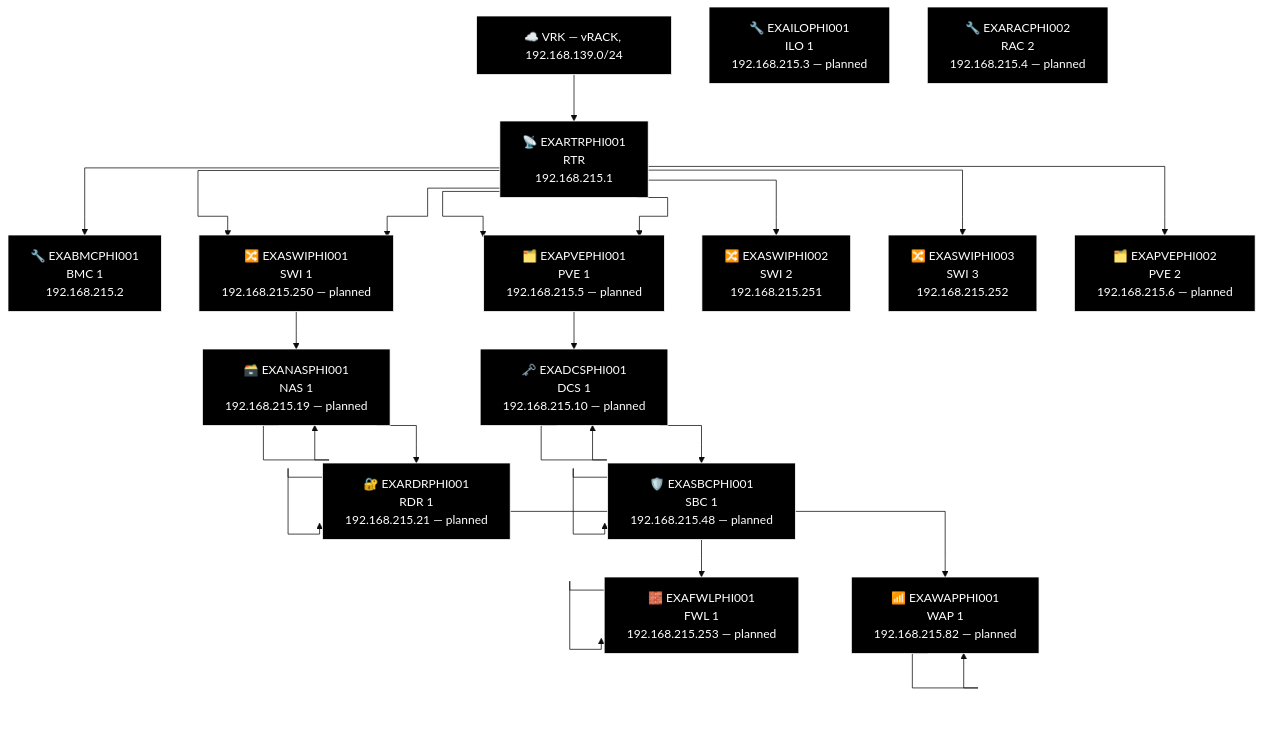
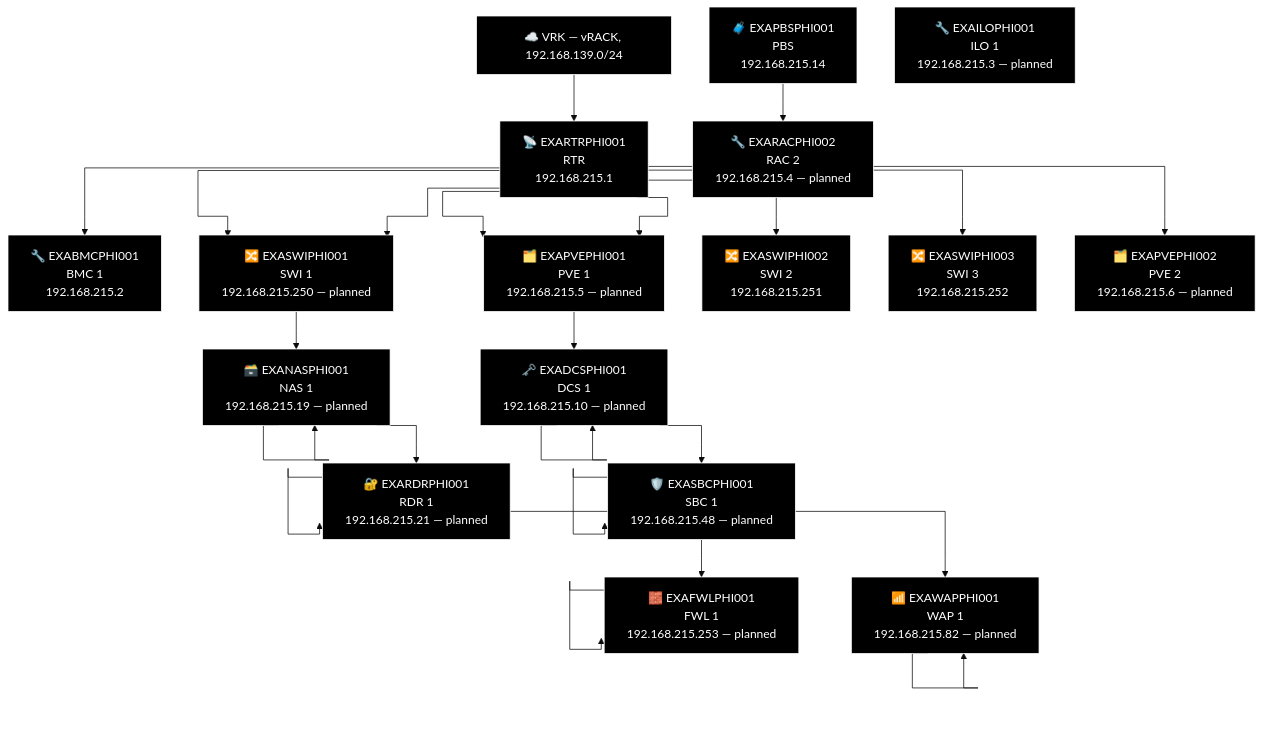
One commit to knightmare2600/example_music_infra changed diagram 20 of 21 in docs/network-diagram/united-states.md. Above: the diagram before and after it, drawn with Mermaid (base theme). The commit also changed other lines of this file and 14 other files, not shown here.

First line of the commit message:
docs/network-diagram: regenerate, every site was missing its PBS node

````diff
--- a/docs/network-diagram/united-states.md
+++ b/docs/network-diagram/united-states.md
@@ -932,65 +954,68 @@
 ```mermaid
 %% GENERATED:TOPOLOGY:PHI:START
 %%{init: {'flowchart': {'curve': 'stepAfter'}}}%%
 graph TD
     T_VRK["☁️ VRK — vRACK, 192.168.139.0/24"]
     T_RTR["📡 EXARTRPHI001<br/>RTR<br/>192.168.215.1"]
     T_VRK --> T_RTR
     T_BMC["🔧 EXABMCPHI001<br/>BMC 1<br/>192.168.215.2"]
     T_RTR --> T_BMC
     T_PVE["🗂️ EXAPVEPHI001<br/>PVE 1<br/>192.168.215.5"]
     T_RTR --> T_PVE
     T_SWI["🔀 EXASWIPHI001<br/>SWI 1<br/>192.168.215.250"]
     T_RTR --> T_SWI
     T_SWI2["🔀 EXASWIPHI002<br/>SWI 2<br/>192.168.215.251"]
     T_RTR --> T_SWI2
     T_SWI3["🔀 EXASWIPHI003<br/>SWI 3<br/>192.168.215.252"]
     T_RTR --> T_SWI3
     T_SWI["🔀 EXASWIPHI001<br/>SWI 1<br/>192.168.215.250 — planned"]
     T_RTR --> T_SWI
     T_PVE["🗂️ EXAPVEPHI001<br/>PVE 1<br/>192.168.215.5 — planned"]
     T_RTR --> T_PVE
     T_PVE2["🗂️ EXAPVEPHI002<br/>PVE 2<br/>192.168.215.6 — planned"]
     T_RTR --> T_PVE2
     T_NAS["🗃️ EXANASPHI001<br/>NAS<br/>192.168.215.19"]
     T_NAS["🗃️ EXANASPHI001<br/>NAS 1<br/>192.168.215.19 — planned"]
     T_RDR["🔐 EXARDRPHI001<br/>RDR<br/>192.168.215.21"]
     T_RDR["🔐 EXARDRPHI001<br/>RDR 1<br/>192.168.215.21 — planned"]
     T_WAP["📶 EXAWAPPHI001<br/>WAP 1<br/>192.168.215.82"]
     T_WAP["📶 EXAWAPPHI001<br/>WAP 1<br/>192.168.215.82 — planned"]
     T_SWI --> T_NAS --> T_NAS --> T_RDR --> T_RDR --> T_WAP --> T_WAP
     T_DCS["🗝️ EXADCSPHI001<br/>DCS 1<br/>192.168.215.10"]
     T_DCS["🗝️ EXADCSPHI001<br/>DCS 1<br/>192.168.215.10 — planned"]
     T_SBC["🛡️ EXASBCPHI001<br/>SBC<br/>192.168.215.48"]
     T_SBC["🛡️ EXASBCPHI001<br/>SBC 1<br/>192.168.215.48 — planned"]
     T_FWL["🧱 EXAFWLPHI001<br/>LAN Face<br/>192.168.215.253"]
     T_FWL["🧱 EXAFWLPHI001<br/>FWL 1<br/>192.168.215.253 — planned"]
     T_PVE --> T_DCS --> T_DCS --> T_SBC --> T_SBC --> T_FWL --> T_FWL
+    T_PBS["🧳 EXAPBSPHI001<br/>PBS<br/>192.168.215.14"]
     T_ILO["🔧 EXAILOPHI001<br/>ILO 1<br/>192.168.215.3 — planned"]
     T_RAC["🔧 EXARACPHI002<br/>RAC 2<br/>192.168.215.4 — planned"]
+    T_PBS --> T_RAC
     style T_VRK fill:#000000,stroke:#FFFFFF,color:#FFFFFF
     style T_RTR fill:#000000,stroke:#FFFFFF,color:#FFFFFF
     style T_BMC fill:#000000,stroke:#FFFFFF,color:#FFFFFF
     style T_PVE fill:#000000,stroke:#FFFFFF,color:#FFFFFF
     style T_SWI fill:#000000,stroke:#FFFFFF,color:#FFFFFF
     style T_SWI2 fill:#000000,stroke:#FFFFFF,color:#FFFFFF
     style T_SWI3 fill:#000000,stroke:#FFFFFF,color:#FFFFFF
     style T_SWI fill:#000000,stroke:#FFFFFF,color:#FFFFFF
     style T_PVE fill:#000000,stroke:#FFFFFF,color:#FFFFFF
     style T_PVE2 fill:#000000,stroke:#FFFFFF,color:#FFFFFF
     style T_NAS fill:#000000,stroke:#FFFFFF,color:#FFFFFF
     style T_NAS fill:#000000,stroke:#FFFFFF,color:#FFFFFF
     style T_RDR fill:#000000,stroke:#FFFFFF,color:#FFFFFF
     style T_RDR fill:#000000,stroke:#FFFFFF,color:#FFFFFF
     style T_WAP fill:#000000,stroke:#FFFFFF,color:#FFFFFF
     style T_WAP fill:#000000,stroke:#FFFFFF,color:#FFFFFF
     style T_DCS fill:#000000,stroke:#FFFFFF,color:#FFFFFF
     style T_DCS fill:#000000,stroke:#FFFFFF,color:#FFFFFF
     style T_SBC fill:#000000,stroke:#FFFFFF,color:#FFFFFF
     style T_SBC fill:#000000,stroke:#FFFFFF,color:#FFFFFF
     style T_FWL fill:#000000,stroke:#FFFFFF,color:#FFFFFF
     style T_FWL fill:#000000,stroke:#FFFFFF,color:#FFFFFF
+    style T_PBS fill:#000000,stroke:#FFFFFF,color:#FFFFFF
     style T_ILO fill:#000000,stroke:#FFFFFF,color:#FFFFFF
     style T_RAC fill:#000000,stroke:#FFFFFF,color:#FFFFFF
 %% GENERATED:TOPOLOGY:PHI:END
 ```
````
